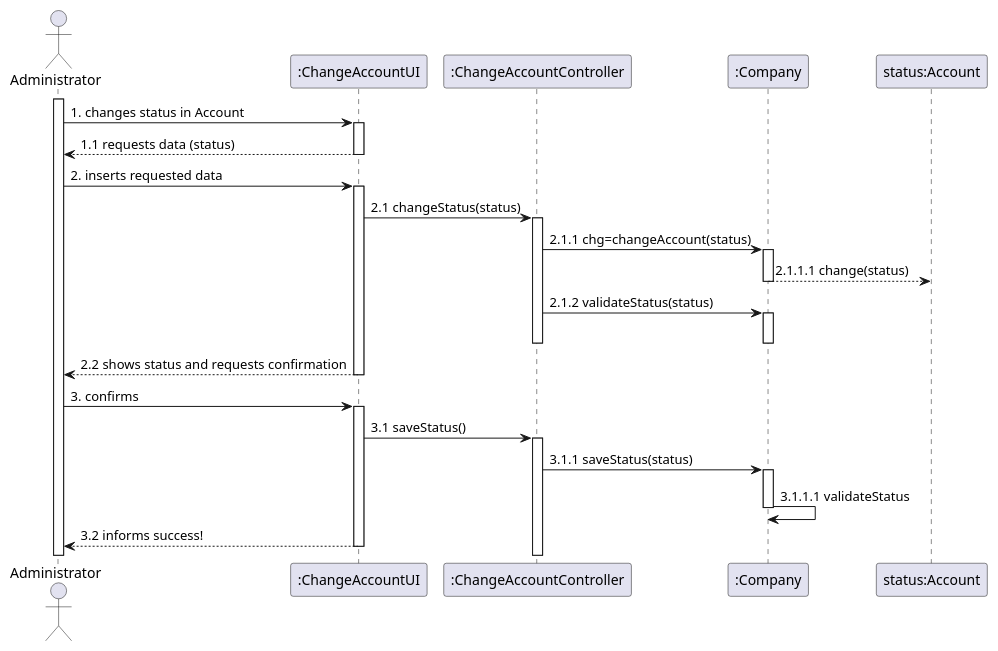
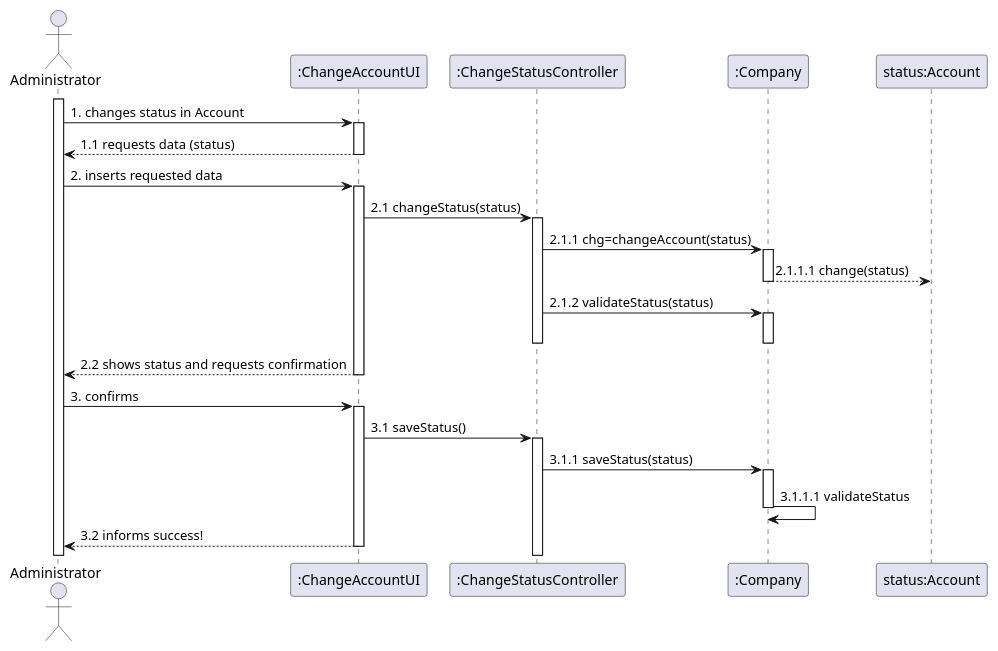
One commit to Loracline/project_switch_22-23 changed the diagram in docs/modelling_design/user_stories/us005/US005_Sequence_Diagram.puml. Above: the diagram before and after it, drawn with PlantUML. The commit also changed other lines of this file and 1 other file, not shown here.

Commit message:
US 005: Project: OO Design US number: 005 Discipline/phase: OO Design. Use cases:update Sequence Diagram and Class Diagram.

```diff
--- a/docs/modelling_design/user_stories/us005/US005_Sequence_Diagram.puml
+++ b/docs/modelling_design/user_stories/us005/US005_Sequence_Diagram.puml
@@ -2,42 +2,42 @@
 @startuml
 'última versão
 'https://plantuml.com/sequence-diagram
 
 
 actor "Administrator"
 participant ":ChangeAccountUI" as caUi
-participant ":ChangeAccountController" as cac
+participant ":ChangeStatusController" as cac
 participant ":Company" as company
 participant "status:Account" as Account
 
 activate Administrator
 Administrator  -> caUi : 1. changes status in Account
 activate caUi
 caUi --> Administrator: 1.1 requests data (status)
 deactivate caUi
 Administrator -> caUi: 2. inserts requested data
 activate caUi
 caUi -> cac: 2.1 changeStatus(status)
 activate cac
 cac -> company: 2.1.1 chg=changeAccount(status)
 activate company
 company --> Account: 2.1.1.1 change(status)
 deactivate company
 cac -> company: 2.1.2 validateStatus(status)
 activate company
 deactivate cac
 deactivate company
 caUi --> Administrator: 2.2 shows status and requests confirmation
 deactivate caUi
 Administrator -> caUi: 3. confirms
 activate caUi
 caUi -> cac: 3.1 saveStatus()
 activate cac
 cac -> company: 3.1.1 saveStatus(status)
 activate company
 company -> company: 3.1.1.1 validateStatus
 deactivate company
 caUi --> Administrator: 3.2 informs success!
 deactivate caUi
 
 @enduml
```
